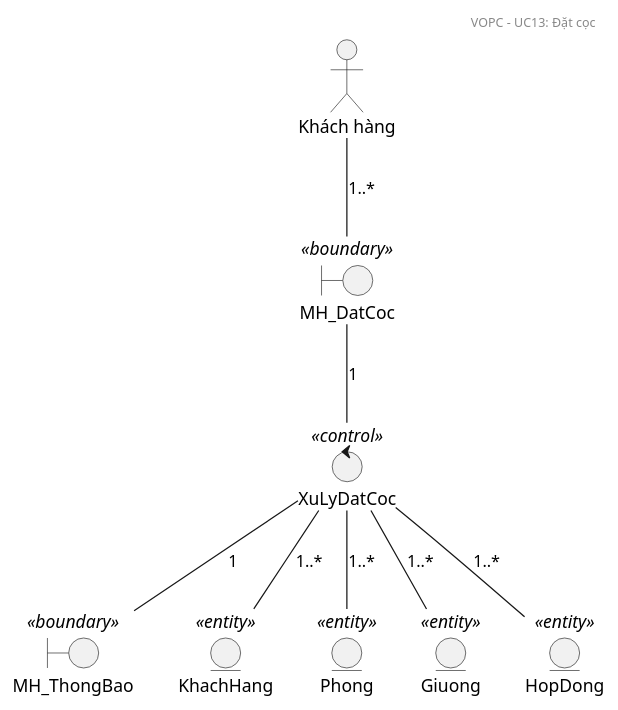
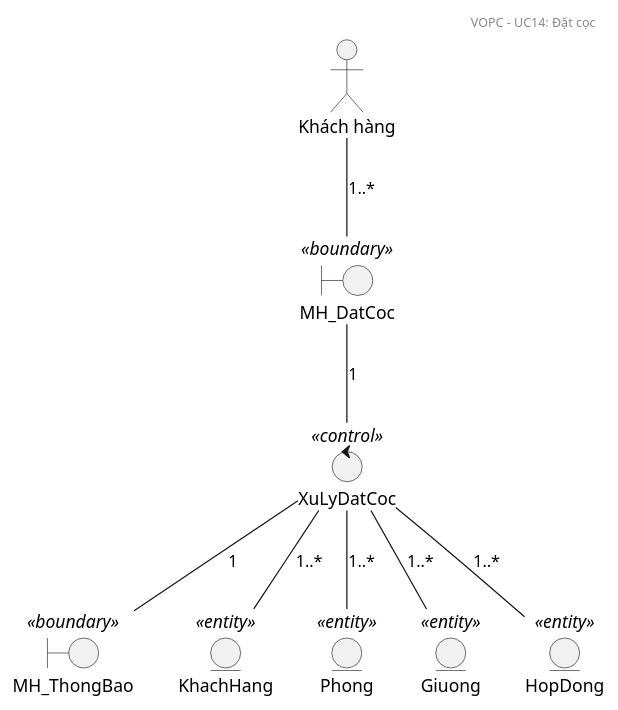
Before and after one commit to Gnourt812005/HCMUS-Analyze-and-desgin-IS: the diagram in doc/system/dat_coc/dat_coc_VOPC.wsd, drawn with PlantUML. The commit also changed 48 other files, not shown here.

Commit message:
sys-uc: align format diagram

```diff
--- a/doc/system/dat_coc/dat_coc_VOPC.wsd
+++ b/doc/system/dat_coc/dat_coc_VOPC.wsd
@@ -1,25 +1,25 @@
 @startuml
 skinparam style strictuml
-header VOPC - UC13: Đặt cọc
+header VOPC - UC14: Đặt cọc
 
 actor "Khách hàng" as Actor
 
 boundary "MH_DatCoc" as Boundary1 <<boundary>>
 boundary "MH_ThongBao" as Boundary2 <<boundary>>
 
 control "XuLyDatCoc" as Control <<control>>
 
 entity "KhachHang" as EntityKH <<entity>>
 entity "Phong" as EntityP <<entity>>
 entity "Giuong" as EntityG <<entity>>
 entity "HopDong" as EntityHD <<entity>>
 
 ' Relationships based on template
 Actor -- Boundary1 : 1..*
 Boundary1 -- Control : 1
 Control -- Boundary2 : 1
 Control -- EntityKH : 1..*
 Control -- EntityP : 1..*
 Control -- EntityG : 1..*
 Control -- EntityHD : 1..*
 @enduml
```
